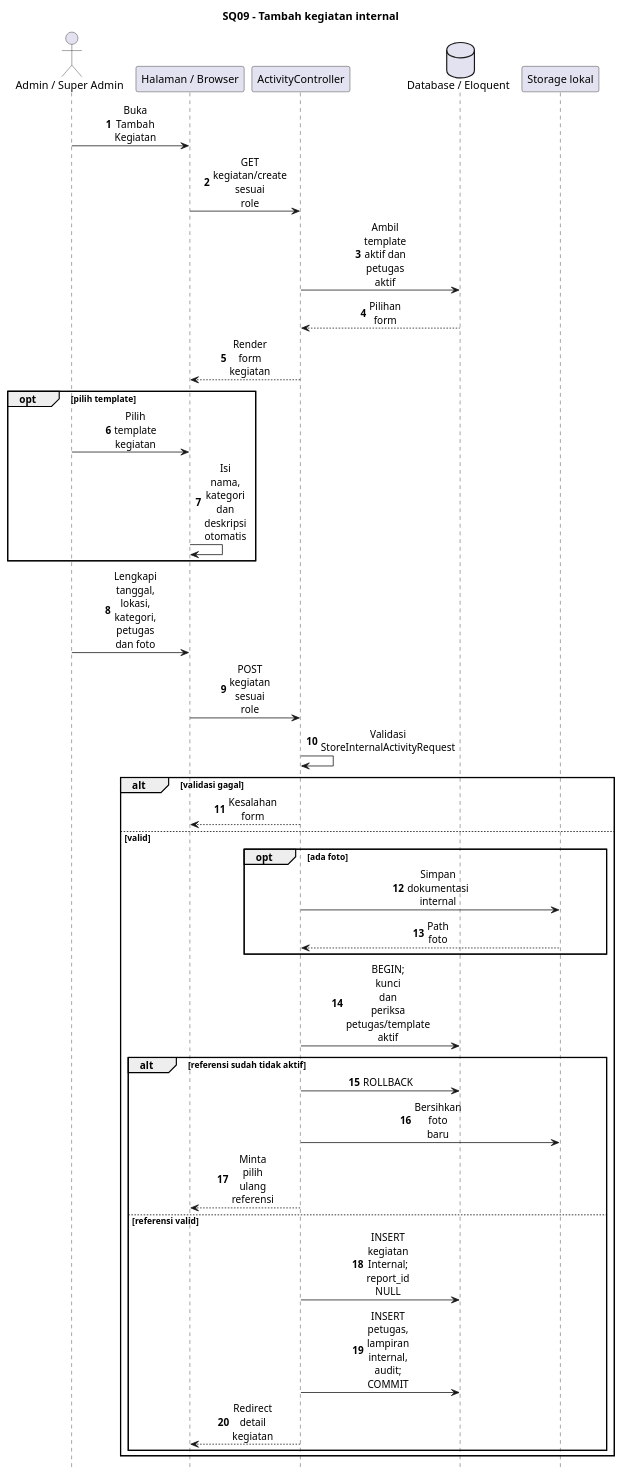
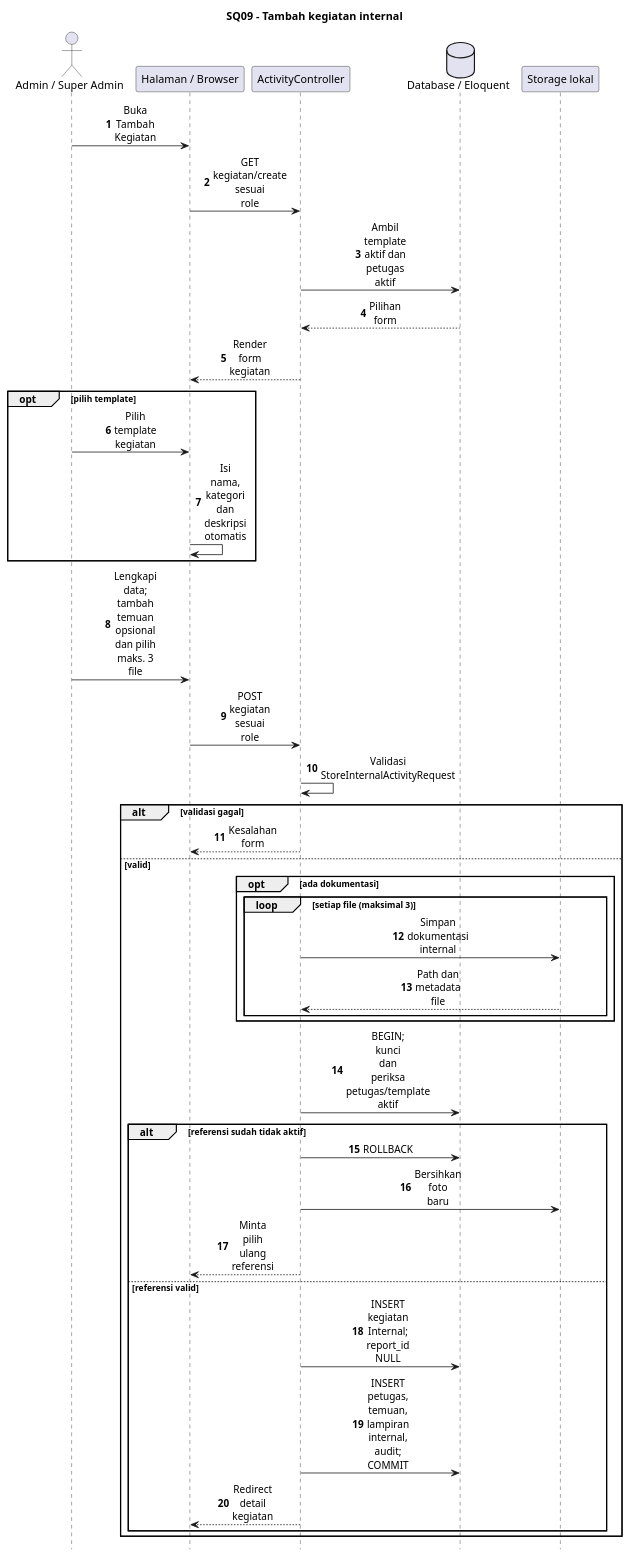
The ninth of 21 diagrams in docs/SIPRAJA-sequence.puml (Samuel-smr/Satpolpp), drawn with PlantUML before and after one commit. The commit also changed other lines of this file and 33 other files, not shown here.

```diff
--- a/docs/SIPRAJA-sequence.puml
+++ b/docs/SIPRAJA-sequence.puml
@@ -299,43 +299,45 @@
 @startuml SQ09
 title SQ09 - Tambah kegiatan internal
 hide footbox
 skinparam shadowing false
 skinparam sequenceMessageAlign center
 skinparam maxMessageSize 55
 autonumber
 actor "Admin / Super Admin" as A
 participant "Halaman / Browser" as B
 participant "ActivityController" as C
 database "Database / Eloquent" as D
 participant "Storage lokal" as F
 A -> B : Buka Tambah Kegiatan
 B -> C : GET kegiatan/create sesuai role
 C -> D : Ambil template aktif dan petugas aktif
 D --> C : Pilihan form
 C --> B : Render form kegiatan
 opt pilih template
 A -> B : Pilih template kegiatan
 B -> B : Isi nama, kategori dan deskripsi otomatis
 end
-A -> B : Lengkapi tanggal, lokasi, kategori, petugas dan foto
+A -> B : Lengkapi data; tambah temuan opsional dan pilih maks. 3 file
 B -> C : POST kegiatan sesuai role
 C -> C : Validasi StoreInternalActivityRequest
 alt validasi gagal
 C --> B : Kesalahan form
 else valid
-opt ada foto
+opt ada dokumentasi
+loop setiap file (maksimal 3)
 C -> F : Simpan dokumentasi internal
-F --> C : Path foto
+F --> C : Path dan metadata file
+end
 end
 C -> D : BEGIN; kunci dan periksa petugas/template aktif
 alt referensi sudah tidak aktif
 C -> D : ROLLBACK
 C -> F : Bersihkan foto baru
 C --> B : Minta pilih ulang referensi
 else referensi valid
 C -> D : INSERT kegiatan Internal; report_id NULL
-C -> D : INSERT petugas, lampiran internal, audit; COMMIT
+C -> D : INSERT petugas, temuan, lampiran internal, audit; COMMIT
 C --> B : Redirect detail kegiatan
 end
 end
 @enduml
```
